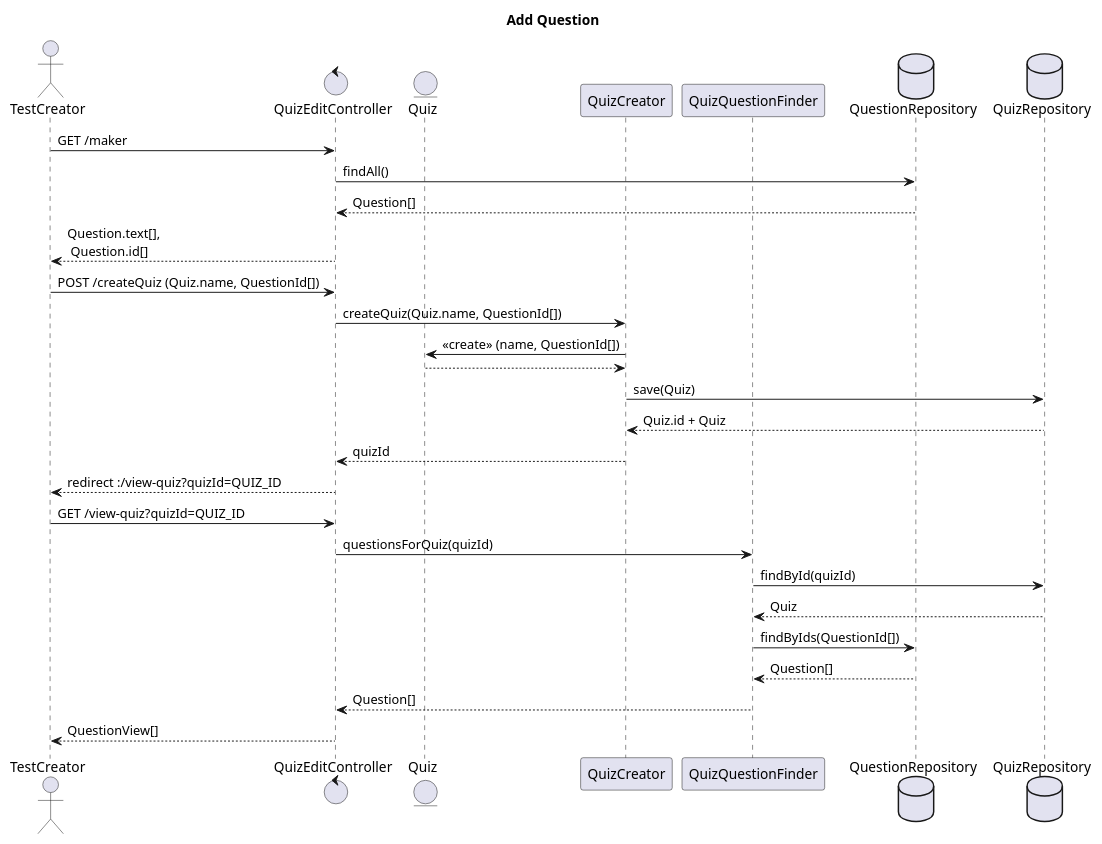
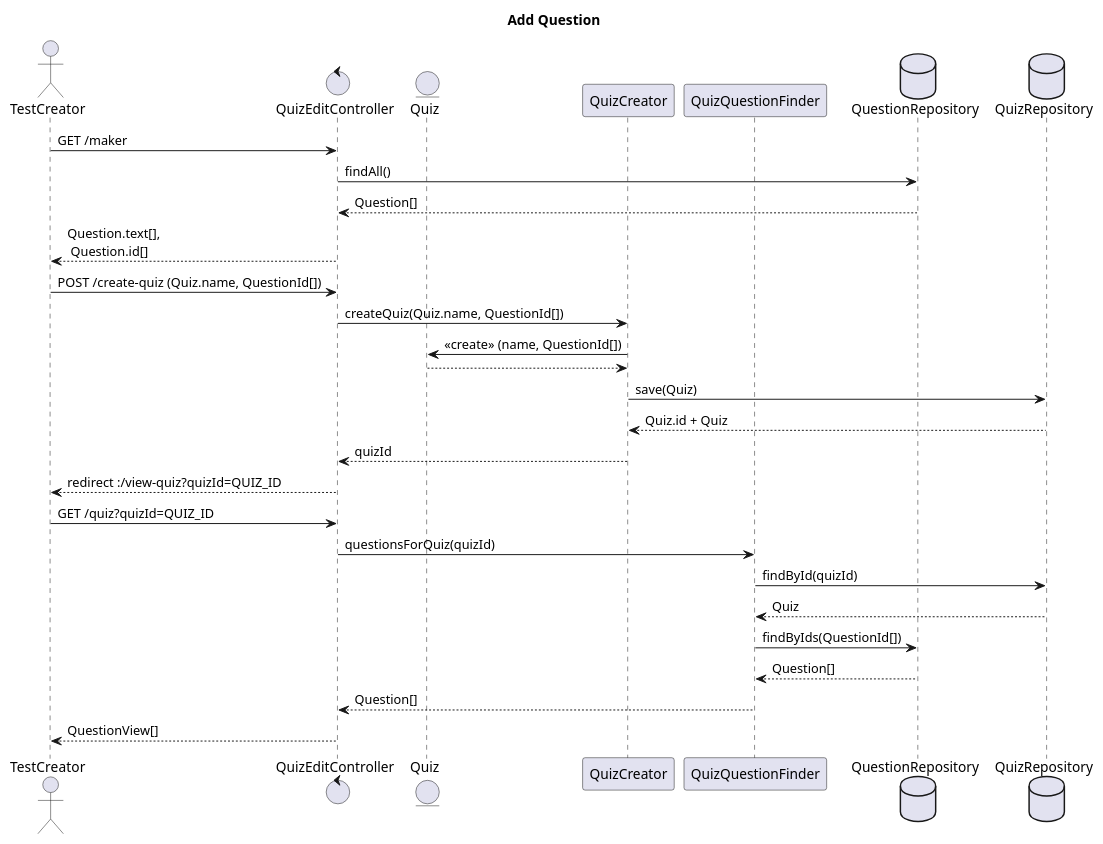
Before and after one commit to TomSpencerLondon/Quiz: the diagram in src/main/resources/diagrams/createQuiz-sequenceDiagram.puml, drawn with PlantUML. The commit also changed 3 other files, not shown here.

Commit message:
Add POST /create-quiz and GET /quiz endpoints

```diff
--- a/src/main/resources/diagrams/createQuiz-sequenceDiagram.puml
+++ b/src/main/resources/diagrams/createQuiz-sequenceDiagram.puml
@@ -1,34 +1,34 @@
 @startuml
 title Add Question
 
 actor       TestCreator as creator
 control     QuizEditController  as ctrl
 entity Quiz as quiz
 participant QuizCreator as quizCreator
 participant QuizQuestionFinder as finder
 database QuestionRepository as questionRepo
 database QuizRepository as quizRepo
 
 creator -> ctrl : GET /maker
 ctrl -> questionRepo : findAll()
 ctrl <-- questionRepo : Question[]
 creator <-- ctrl : Question.text[], \n Question.id[]
 
-creator -> ctrl : POST /createQuiz (Quiz.name, QuestionId[])
+creator -> ctrl : POST /create-quiz (Quiz.name, QuestionId[])
 ctrl -> quizCreator : createQuiz(Quiz.name, QuestionId[])
 quizCreator -> quiz : <<create>> (name, QuestionId[])
 quizCreator <-- quiz
 quizCreator -> quizRepo : save(Quiz)
 quizCreator <-- quizRepo : Quiz.id + Quiz
 ctrl <-- quizCreator : quizId
 creator <-- ctrl : redirect :/view-quiz?quizId=QUIZ_ID
 
-creator -> ctrl : GET /view-quiz?quizId=QUIZ_ID
+creator -> ctrl : GET /quiz?quizId=QUIZ_ID
 ctrl -> finder : questionsForQuiz(quizId)
 finder -> quizRepo : findById(quizId)
 finder <-- quizRepo : Quiz
 finder -> questionRepo : findByIds(QuestionId[])
 finder <-- questionRepo : Question[]
 ctrl <-- finder : Question[]
 creator <-- ctrl : QuestionView[]
 @enduml
```
